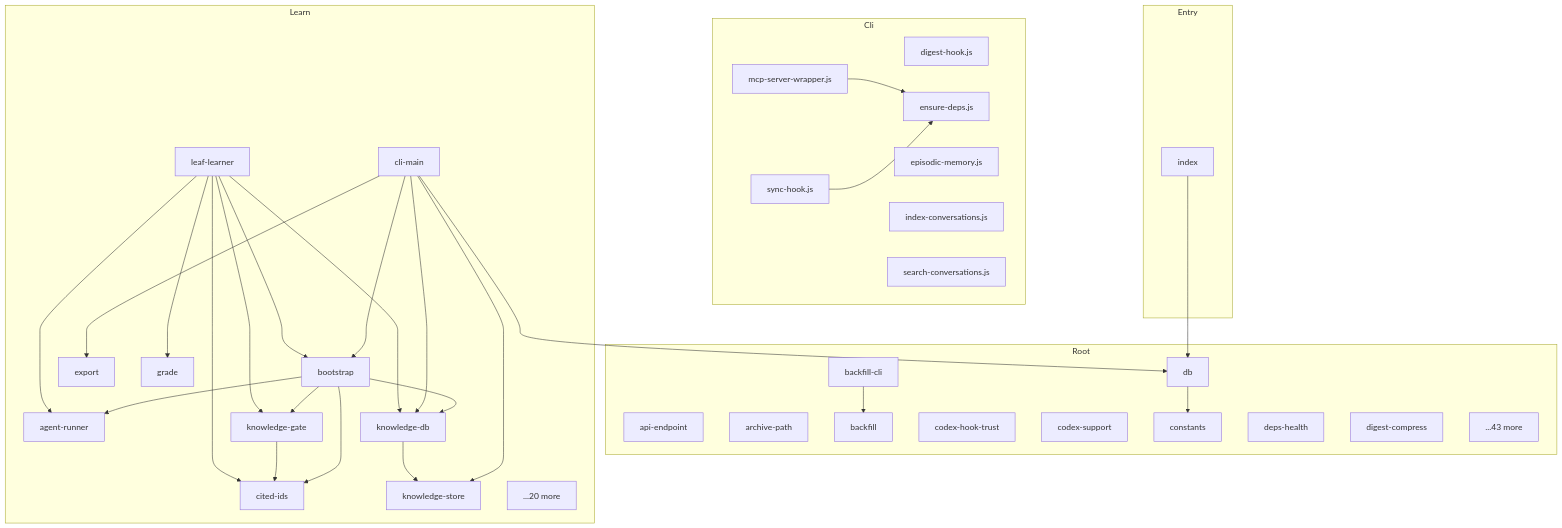
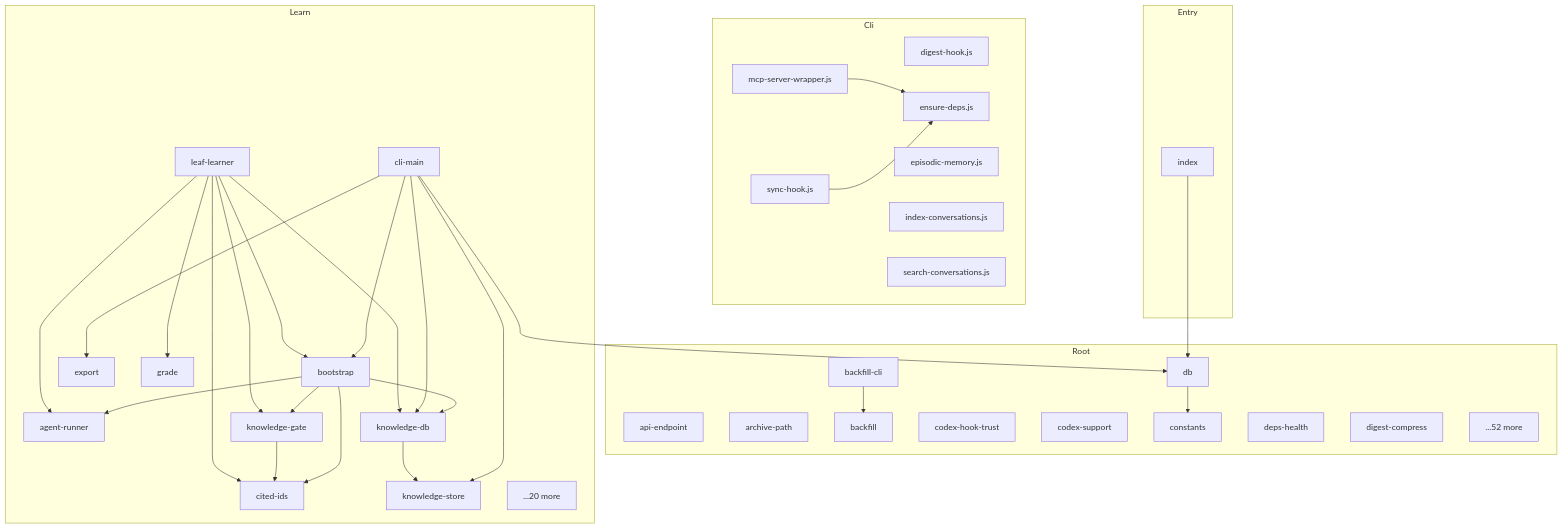
The diagram in docs/architecture/DEPENDENCY_GRAPH.md (danielsimonjr/episodic-memory), drawn with Mermaid before and after one commit. The commit also changed other lines of this file and 22 other files, not shown here.

````diff
--- a/docs/architecture/DEPENDENCY_GRAPH.md
+++ b/docs/architecture/DEPENDENCY_GRAPH.md
@@ -1841,67 +2022,67 @@
 ```mermaid
 graph TD
     subgraph Cli
         N0[digest-hook.js]
         N1[ensure-deps.js]
         N2[episodic-memory.js]
         N3[index-conversations.js]
         N4[mcp-server-wrapper.js]
         N5[search-conversations.js]
         N6[sync-hook.js]
     end
 
     subgraph Root
         N7[api-endpoint]
         N8[archive-path]
         N9[backfill-cli]
         N10[backfill]
         N11[codex-hook-trust]
         N12[codex-support]
         N13[constants]
         N14[db]
         N15[deps-health]
         N16[digest-compress]
-        N17[...43 more]
+        N17[...52 more]
     end
 
     subgraph Entry
         N18[index]
     end
 
     subgraph Learn
         N19[agent-runner]
         N20[bootstrap]
         N21[cited-ids]
         N22[cli-main]
         N23[export]
         N24[grade]
         N25[knowledge-db]
         N26[knowledge-gate]
         N27[knowledge-store]
         N28[leaf-learner]
         N29[...20 more]
     end
 
     N4 --> N1
     N6 --> N1
     N9 --> N10
     N14 --> N13
     N18 --> N14
     N20 --> N25
     N20 --> N26
     N20 --> N21
     N20 --> N19
     N22 --> N25
     N22 --> N23
     N22 --> N27
     N22 --> N14
     N22 --> N20
     N25 --> N27
     N26 --> N21
     N28 --> N20
     N28 --> N26
     N28 --> N21
     N28 --> N25
     N28 --> N19
     N28 --> N24
 ```
````
